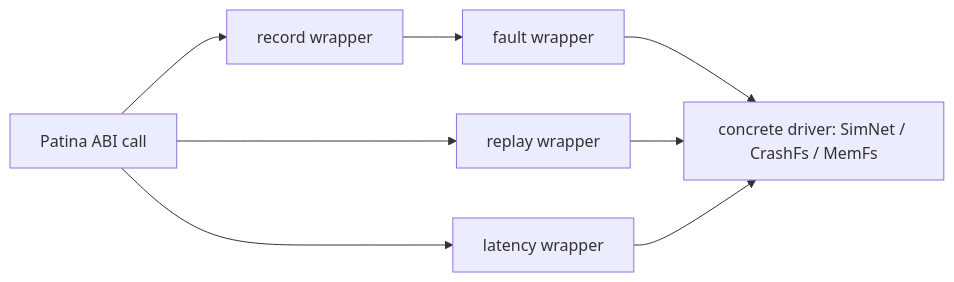
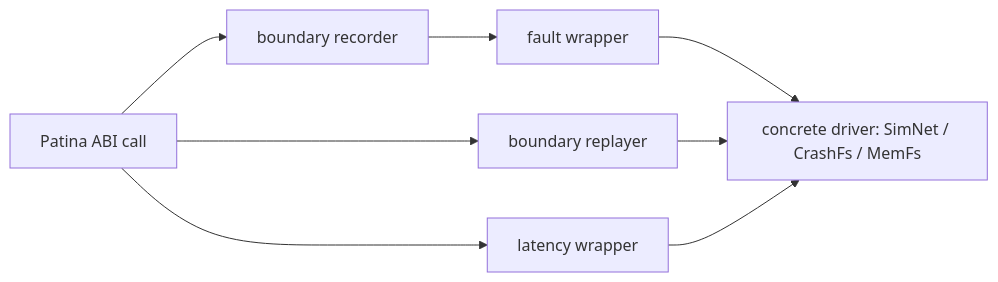
One commit to JacobHayes/patina changed the second of 3 diagrams in ARCHITECTURE.md. Above: the diagram before and after it, drawn with Mermaid. The commit also changed other lines of this file and 8 other files, not shown here.

````diff
--- a/ARCHITECTURE.md
+++ b/ARCHITECTURE.md
@@ -236,13 +265,13 @@
 ```mermaid
 flowchart LR
     ABI[Patina ABI call]
-    Record[record wrapper]
-    Replay[replay wrapper]
+    Record[boundary recorder]
+    Replay[boundary replayer]
     Fault[fault wrapper]
     Latency[latency wrapper]
     Concrete[concrete driver: SimNet / CrashFs / MemFs]
 
     ABI --> Record --> Fault --> Concrete
     ABI --> Replay --> Concrete
     ABI --> Latency --> Concrete
 ```
````
